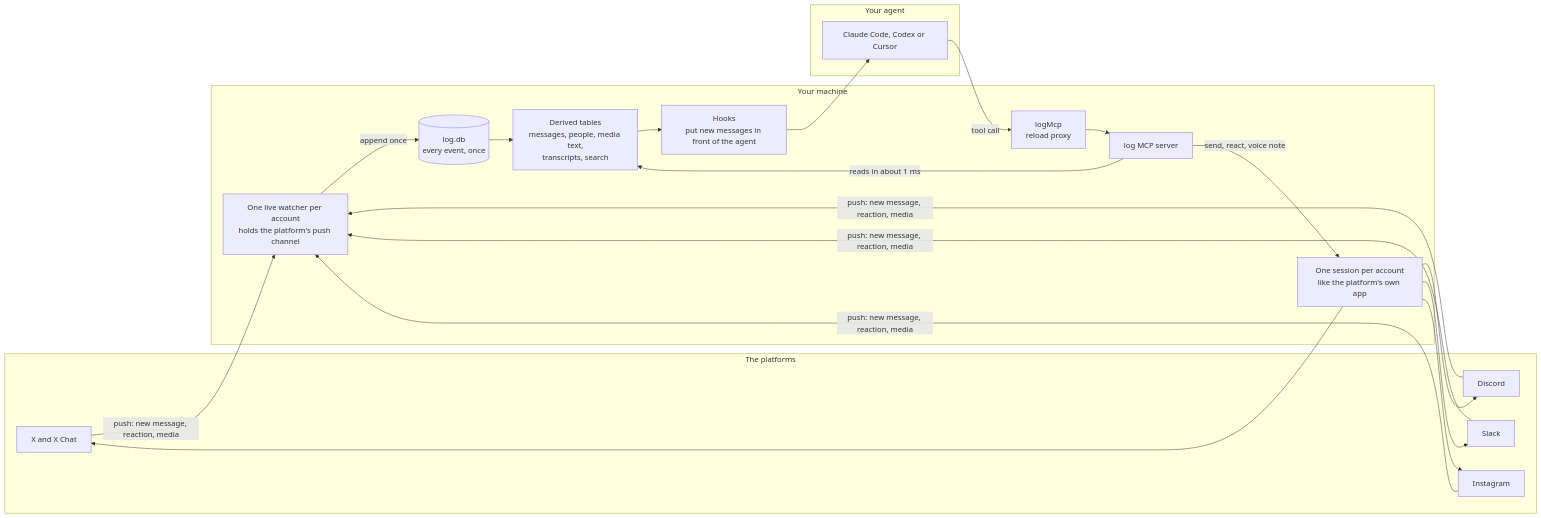
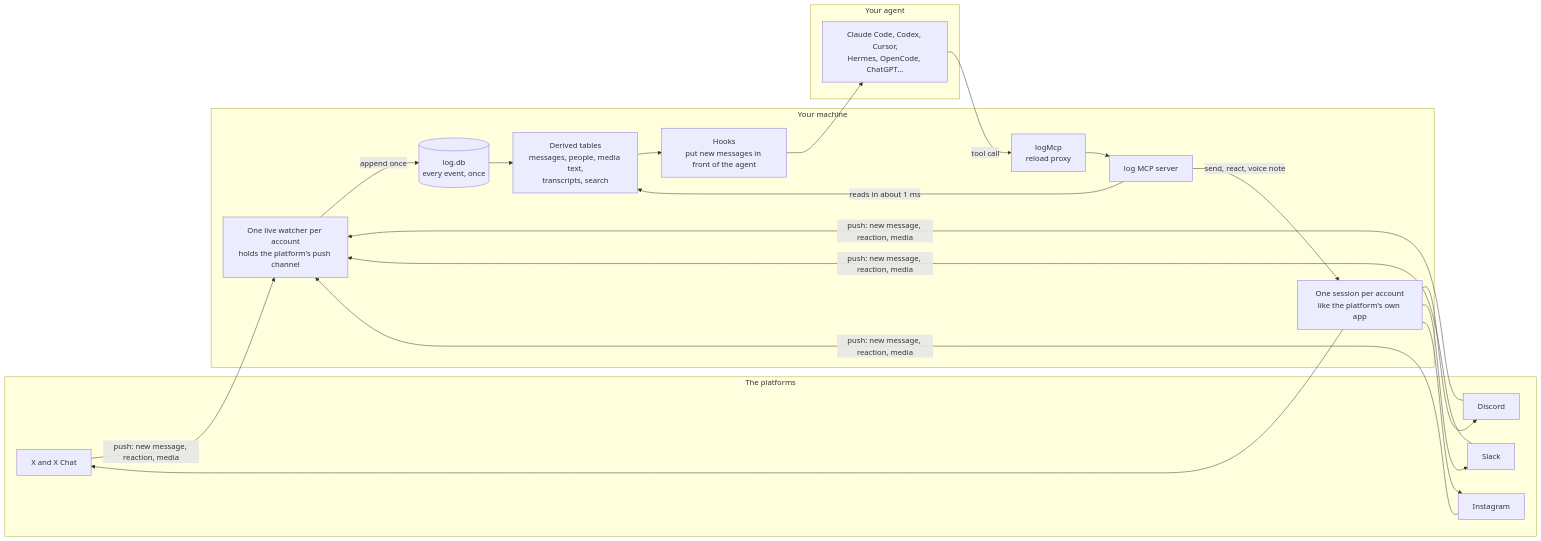
Before and after one commit to matthewdonsemail-lab/log: the first of 7 diagrams in README.md, drawn with Mermaid. The commit also changed other lines of this file and 1 other file, not shown here.

Commit message:
docs(readme): every harness, the router, live notifications, the Hermes plugin and its launch video

````diff
--- a/README.md
+++ b/README.md
@@ -160,28 +224,28 @@
 ```mermaid
 flowchart LR
   subgraph platforms["The platforms"]
     X["X and X Chat"]
     D["Discord"]
     S["Slack"]
     I["Instagram"]
   end
   subgraph machine["Your machine"]
     H["One session per account<br/>like the platform's own app"]
     W["One live watcher per account<br/>holds the platform's push channel"]
     DB[("log.db<br/>every event, once")]
     V["Derived tables<br/>messages, people, media text,<br/>transcripts, search"]
     P["logMcp<br/>reload proxy"]
     M["log MCP server"]
     K["Hooks<br/>put new messages in front of the agent"]
   end
   subgraph agents["Your agent"]
-    C["Claude Code, Codex or Cursor"]
+    C["Claude Code, Codex, Cursor,<br/>Hermes, OpenCode, ChatGPT..."]
   end
   X & D & S & I -- "push: new message, reaction, media" --> W
   W -- "append once" --> DB
   DB --> V
   C -- "tool call" --> P --> M
   M -- "reads in about 1 ms" --> V
   M -- "send, react, voice note" --> H --> X & D & S & I
   V --> K --> C
 ```
````
